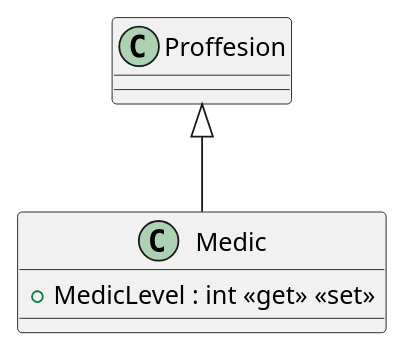
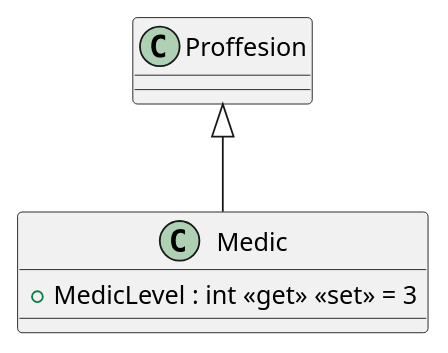
The diagram in UmlSchemas/Models/Professions/Medic.puml (kollibroman/ColonySimulator), drawn with PlantUML before and after one commit. The commit also changed 20 other files, not shown here.

Commit message:
Change object schema and add startup class

```diff
--- a/UmlSchemas/Models/Professions/Medic.puml
+++ b/UmlSchemas/Models/Professions/Medic.puml
@@ -1,6 +1,6 @@
 @startuml
 class Medic {
-    + MedicLevel : int <<get>> <<set>>
+    + MedicLevel : int <<get>> <<set>> = 3
 }
 Proffesion <|-- Medic
 @enduml
```
